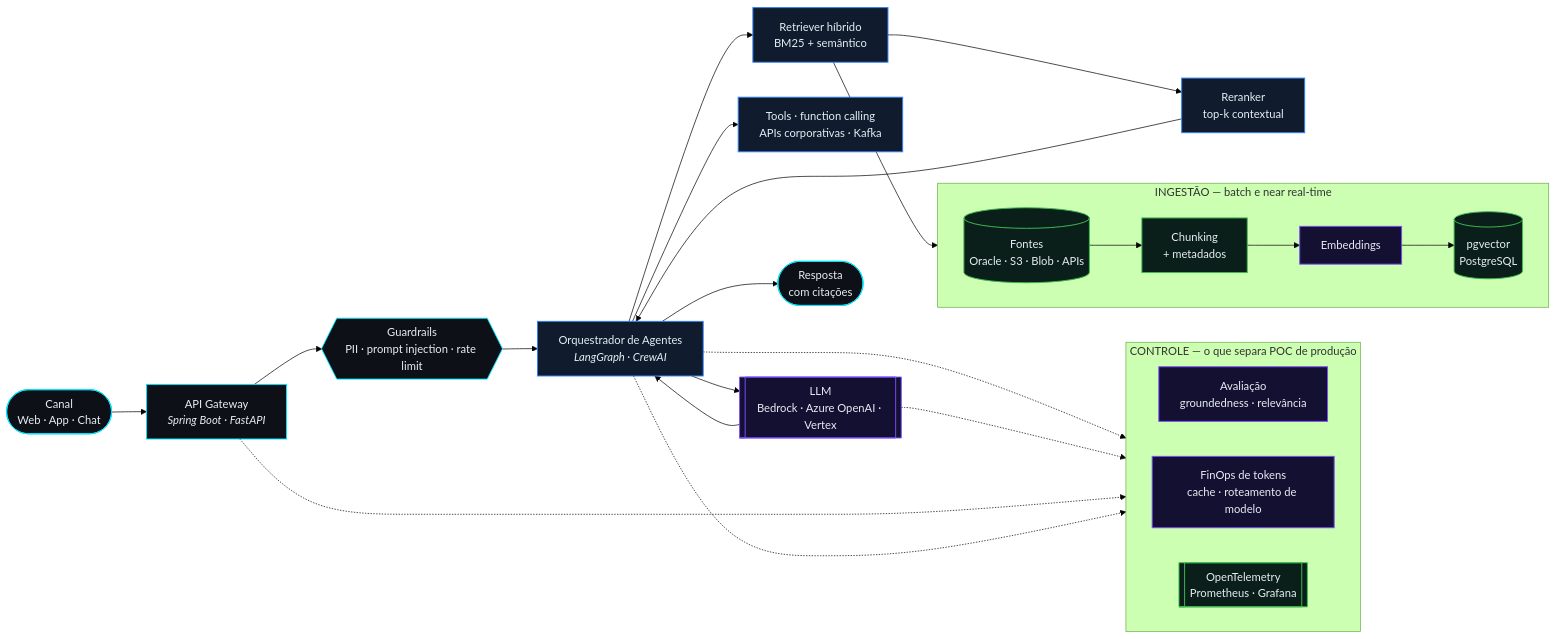
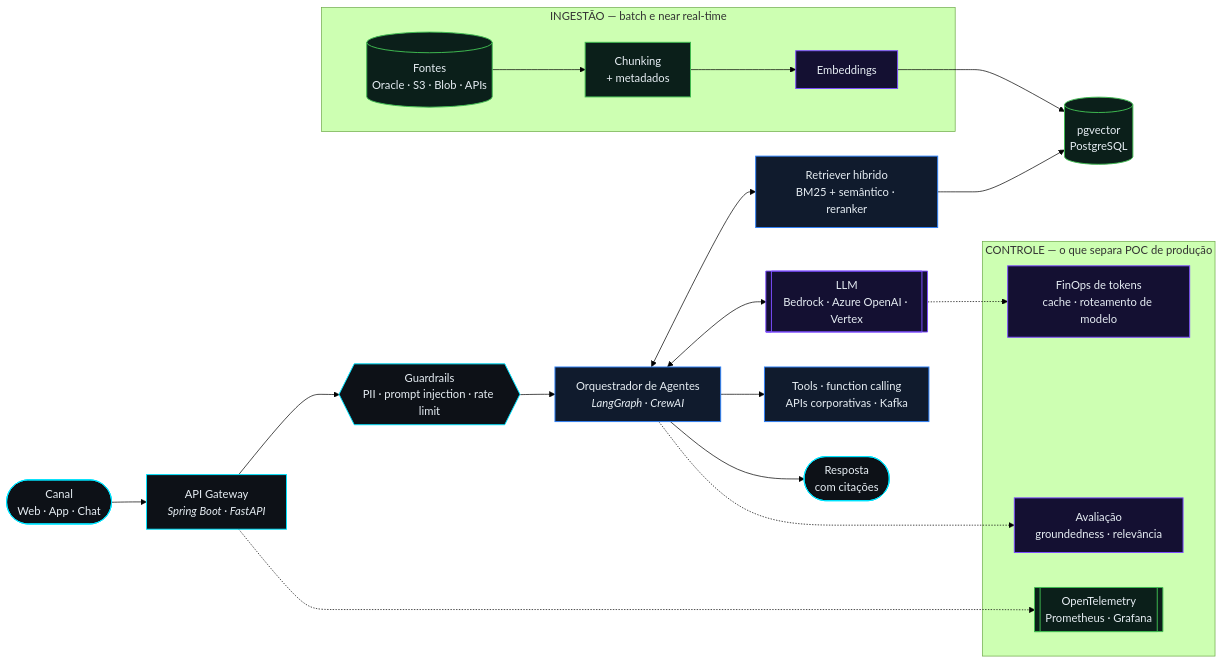
One commit to mikenew01/mikenew01 changed the diagram in README.md. Above: the diagram before and after it, drawn with Mermaid (forest theme).

Commit message:
refactor: layout do diagrama GenAI mais legivel
Back-edges (RRK->ORQ, LLM->ORQ) viravam ciclos e espalhavam o grafo.
Agora sao bidirecionais e o reranker foi fundido no retriever.
Verificado renderizando no navegador com sessao real.

````diff
--- a/README.md
+++ b/README.md
@@ -118,42 +118,36 @@
 ```mermaid
 flowchart LR
     U(["Canal<br/>Web · App · Chat"]) --> GW["API Gateway<br/><i>Spring Boot · FastAPI</i>"]
     GW --> GRD{{"Guardrails<br/>PII · prompt injection · rate limit"}}
     GRD --> ORQ["Orquestrador de Agentes<br/><i>LangGraph · CrewAI</i>"]
 
-    ORQ --> RET["Retriever híbrido<br/>BM25 + semântico"]
+    ORQ <--> RET["Retriever híbrido<br/>BM25 + semântico · reranker"]
     RET --> VDB[("pgvector<br/>PostgreSQL")]
-    RET --> RRK["Reranker<br/>top-k contextual"]
-    RRK --> ORQ
-
+    ORQ <--> LLM[["LLM<br/>Bedrock · Azure OpenAI · Vertex"]]
     ORQ --> TL["Tools · function calling<br/>APIs corporativas · Kafka"]
-    ORQ --> LLM[["LLM<br/>Bedrock · Azure OpenAI · Vertex"]]
-    LLM --> ORQ
     ORQ --> RSP(["Resposta<br/>com citações"])
 
     subgraph ING["INGESTÃO — batch e near real-time"]
-        direction LR
-        SRC[("Fontes<br/>Oracle · S3 · Blob · APIs")] --> CHK["Chunking<br/>+ metadados"] --> EMB["Embeddings"] --> VDB
+        SRC[("Fontes<br/>Oracle · S3 · Blob · APIs")] --> CHK["Chunking<br/>+ metadados"] --> EMB["Embeddings"]
     end
+    EMB --> VDB
 
     subgraph GOV["CONTROLE — o que separa POC de produção"]
-        direction LR
         EV["Avaliação<br/>groundedness · relevância"]
         CO["FinOps de tokens<br/>cache · roteamento de modelo"]
         OT[["OpenTelemetry<br/>Prometheus · Grafana"]]
     end
 
     ORQ -.-> EV
     LLM -.-> CO
     GW -.-> OT
-    ORQ -.-> OT
 
-    classDef edge fill:#0D1117,stroke:#00E5FF,stroke-width:1.4px,color:#E6EDF3
-    classDef core fill:#101B2D,stroke:#2F81F7,stroke-width:1.4px,color:#E6EDF3
-    classDef ai fill:#141032,stroke:#7C4DFF,stroke-width:1.4px,color:#E6EDF3
-    classDef data fill:#0B1F1A,stroke:#3FB950,stroke-width:1.4px,color:#E6EDF3
-    class U,RSP,GW,GRD edge
-    class ORQ,RET,RRK,TL core
-    class LLM,EMB,EV,CO ai
-    class VDB,SRC,CHK,OT data
+    classDef borda fill:#0D1117,stroke:#00E5FF,stroke-width:1.4px,color:#E6EDF3
+    classDef nucleo fill:#101B2D,stroke:#2F81F7,stroke-width:1.4px,color:#E6EDF3
+    classDef ia fill:#141032,stroke:#7C4DFF,stroke-width:1.4px,color:#E6EDF3
+    classDef dados fill:#0B1F1A,stroke:#3FB950,stroke-width:1.4px,color:#E6EDF3
+    class U,RSP,GW,GRD borda
+    class ORQ,RET,TL nucleo
+    class LLM,EMB,EV,CO ia
+    class VDB,SRC,CHK,OT dados
 ```
````
